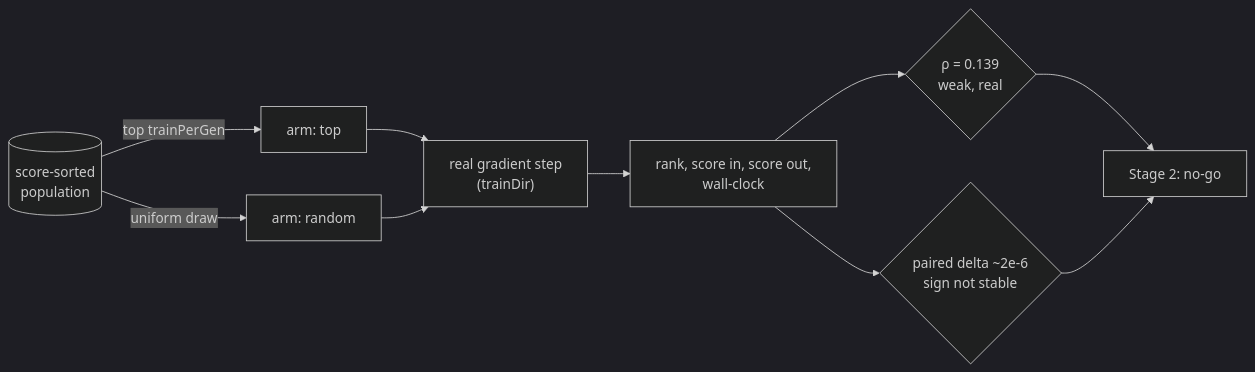
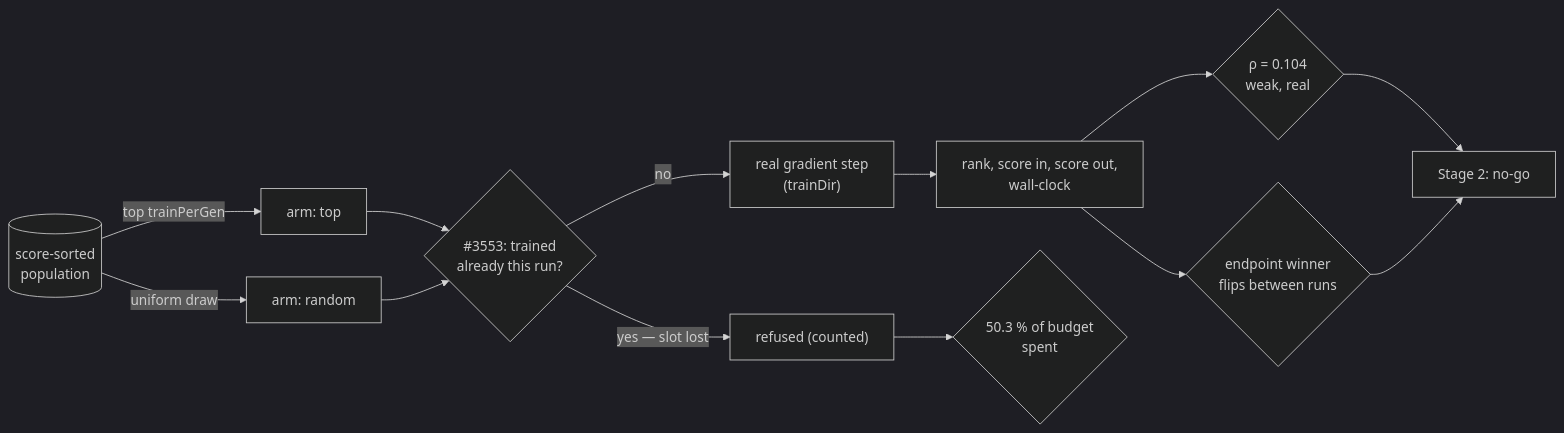
Before and after one commit to stSoftwareAU/NEAT-AI: the diagram in docs/archive/pr-summaries/pr-summary-3934.md, drawn with Mermaid (dark theme). The commit also changed other lines of this file, not shown here.

````diff
--- a/docs/archive/pr-summaries/pr-summary-3934.md
+++ b/docs/archive/pr-summaries/pr-summary-3934.md
@@ -78,12 +88,15 @@
 ```mermaid
 flowchart LR
     P[("score-sorted<br/>population")] -->|"top trainPerGen"| T["arm: top"]
     P -->|"uniform draw"| R["arm: random"]
-    T --> G["real gradient step<br/>(trainDir)"]
-    R --> G
+    T --> Q{"#3553: trained<br/>already this run?"}
+    R --> Q
+    Q -->|"yes — slot lost"| X["refused (counted)"]
+    Q -->|"no"| G["real gradient step<br/>(trainDir)"]
     G --> M["rank, score in, score out,<br/>wall-clock"]
-    M --> C{"ρ = 0.139<br/>weak, real"}
-    M --> E{"paired delta ~2e-6<br/>sign not stable"}
+    M --> C{"ρ = 0.104<br/>weak, real"}
+    M --> E{"endpoint winner<br/>flips between runs"}
+    X --> B{"50.3 % of budget<br/>spent"}
     C --> V["Stage 2: no-go"]
     E --> V
 ```
````
